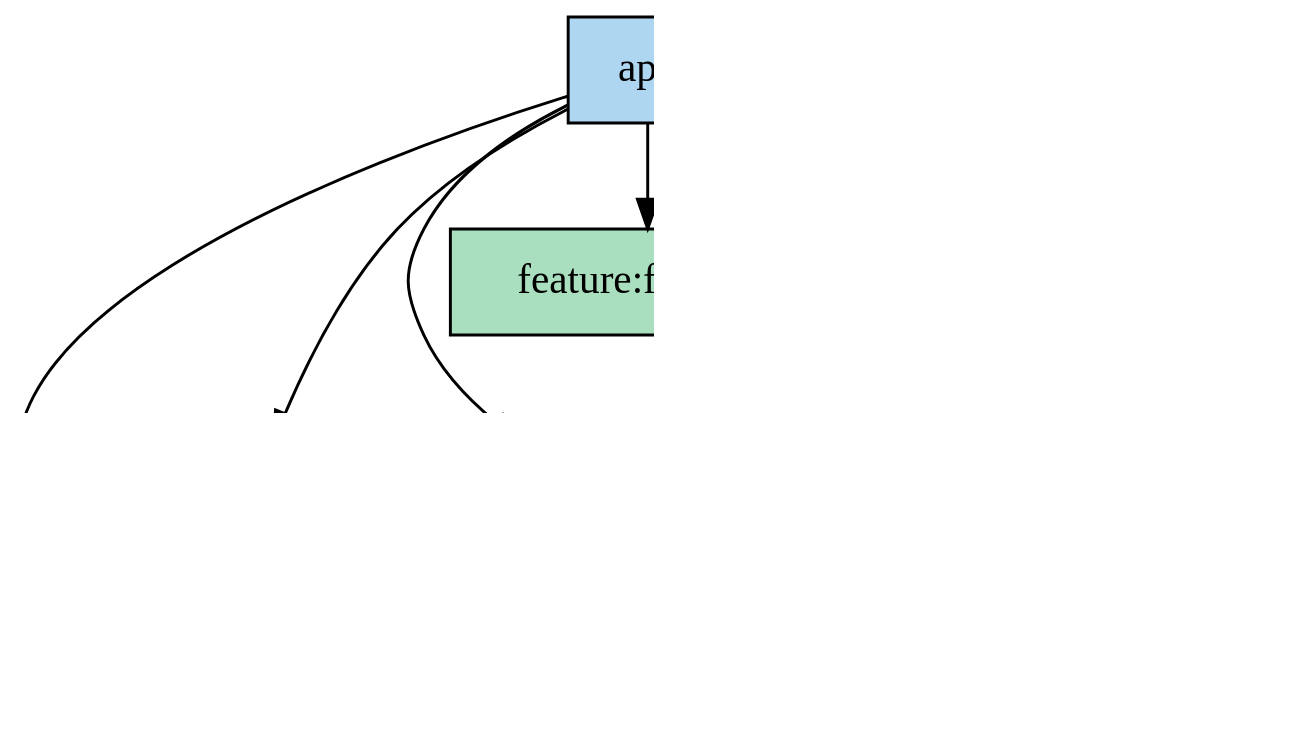
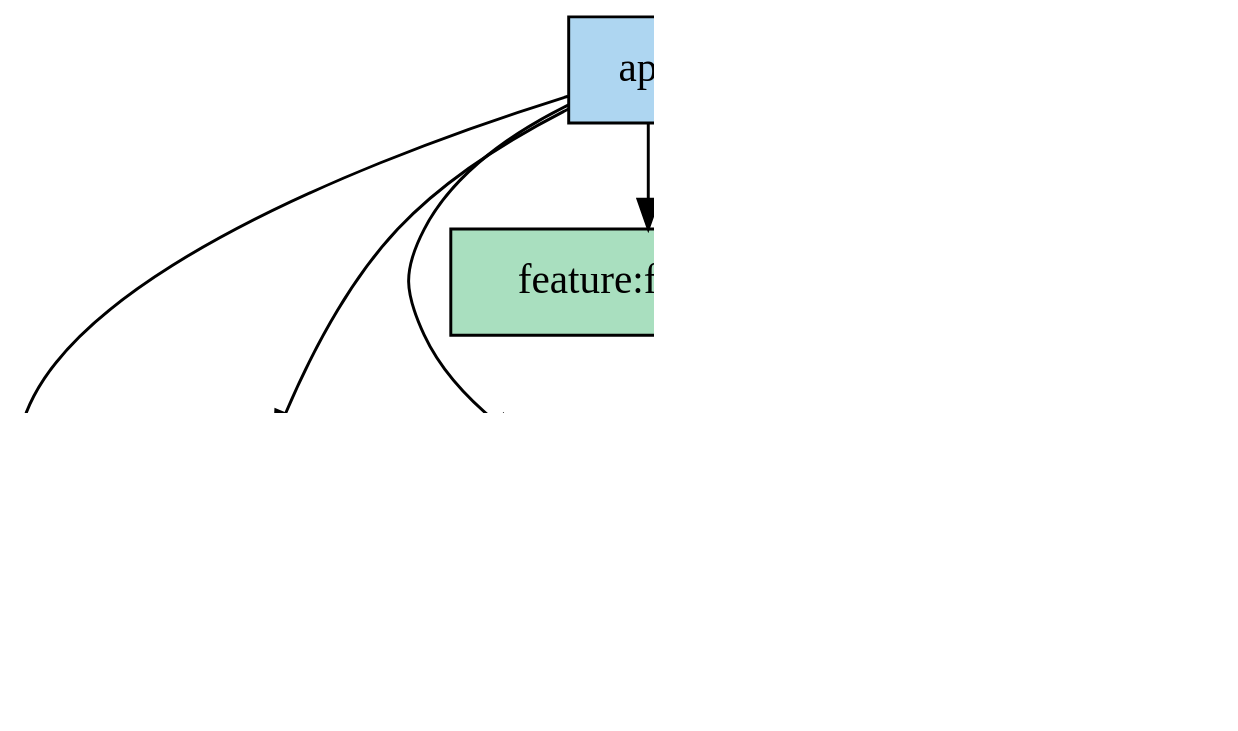
Before and after one commit to soma17th-369/Laimory-android: the diagram in docs/dependency-graph/modules.dot, drawn with Graphviz. The commit also changed 1 other file, not shown here.

```diff
--- a/docs/dependency-graph/modules.dot
+++ b/docs/dependency-graph/modules.dot
@@ -1,31 +1,31 @@
 digraph "modules" {
 edge ["dir"="forward"]
 graph ["dpi"="150" "rankdir"="TB"]
 node ["shape"="rectangle" "style"="filled"]
 
 "app" ["label"="app" "fillcolor"="#AED6F1"]
 "core-collection" ["label"="core:collection" "fillcolor"="#FAD7A0"]
-"core-common" ["label"="core:common" "fillcolor"="#FAD7A0"]
 "core-data" ["label"="core:data" "fillcolor"="#FAD7A0"]
 "core-domain" ["label"="core:domain" "fillcolor"="#D2B4DE"]
 "core-ui" ["label"="core:ui" "fillcolor"="#FAD7A0"]
+"core-util" ["label"="core:util" "fillcolor"="#FAD7A0"]
 "feature-feature1" ["label"="feature:feature1" "fillcolor"="#A9DFBF"]
 "feature-home" ["label"="feature:home" "fillcolor"="#A9DFBF"]
 
 // edges
 "app" -> "core-collection"
-"app" -> "core-common"
 "app" -> "core-data"
 "app" -> "core-domain"
 "app" -> "core-ui"
+"app" -> "core-util"
 "app" -> "feature-feature1"
 "app" -> "feature-home"
 "core-collection" -> "core-domain"
 "core-data" -> "core-domain"
-"core-ui" -> "core-common"
 "core-ui" -> "core-domain"
+"core-ui" -> "core-util"
 "feature-feature1" -> "core-domain"
 "feature-feature1" -> "core-ui"
 "feature-home" -> "core-domain"
 "feature-home" -> "core-ui"
 }
```
